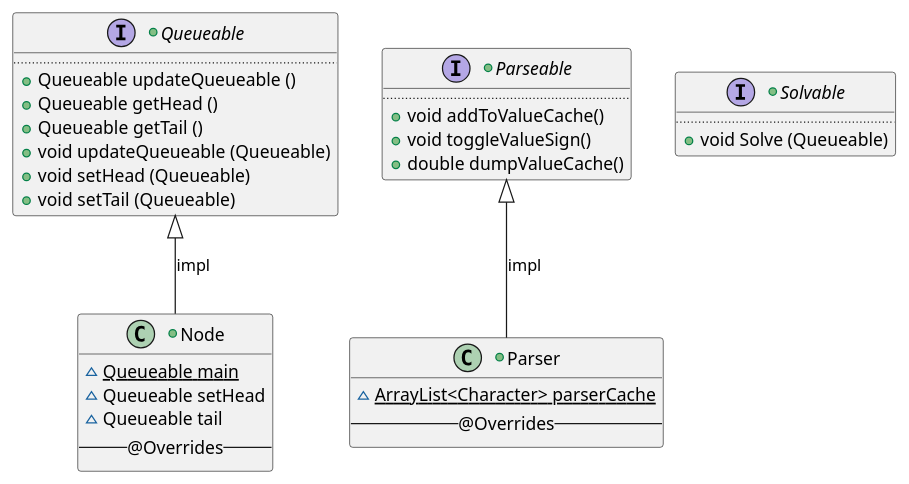
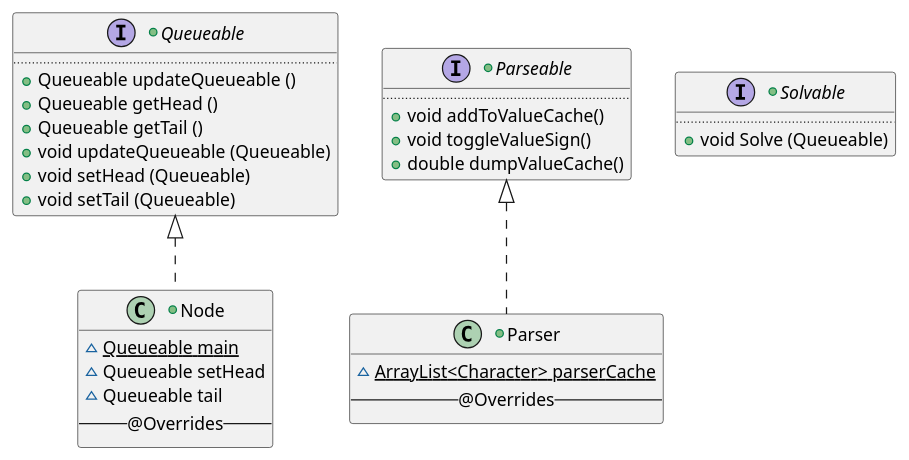
Before and after one commit to vitalispopoff/calculator: the diagram in src/docs/UML/Class Structure.puml, drawn with PlantUML. The commit also changed 14 other files, not shown here.

```diff
--- a/src/docs/UML/Class Structure.puml
+++ b/src/docs/UML/Class Structure.puml
@@ -1,40 +1,41 @@
 @startuml
 
 +interface Queueable{
     ..
         +   {method} Queueable updateQueueable ()
         +   {method} Queueable getHead ()
         +   {method} Queueable getTail ()
         +   {method} void updateQueueable (Queueable)
         +   {method} void setHead (Queueable)
         +   {method} void setTail (Queueable)
 }
-+class Node {
++class Node implements Queueable{
         ~   {field} {static} Queueable main
         ~   {field} Queueable setHead
         ~   {field} Queueable tail
     -- @Overrides--
 }
 
-Queueable <|-- Node : impl
+
 
 +interface Parseable{
     ..
         +   {method} void addToValueCache()
         +   {method} void toggleValueSign()
         +   {method} double dumpValueCache()
 }
 
-+class Parser{
++class Parser implements Parseable{
         ~   {field} {static} ArrayList<Character> parserCache
     --@Overrides--
 }
 
-Parseable <|-- Parser : impl
+'Parseable <|-- Parser : impl
+
 
 +interface Solvable{
     ..
         +{method} void Solve (Queueable)
 }
 
 @enduml
```
